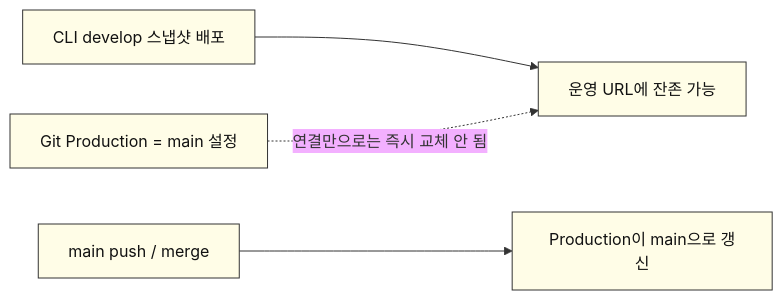
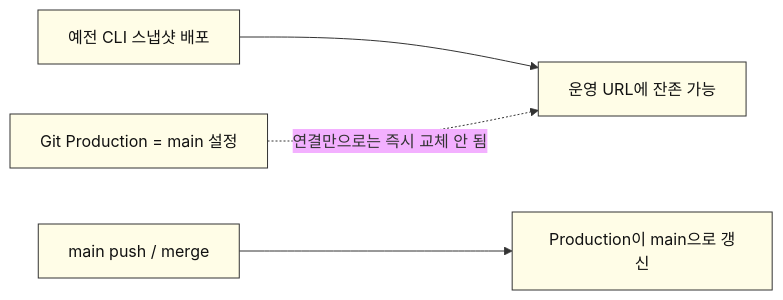
One commit to SpartaValueHub/ValueHub-FE changed the second of 6 diagrams in docs/vercel-deploy-team-notice.md. Above: the diagram before and after it, drawn with Mermaid. The commit also changed other lines of this file, not shown here.

````diff
--- a/docs/vercel-deploy-team-notice.md
+++ b/docs/vercel-deploy-team-notice.md
@@ -87,9 +87,9 @@
 ```mermaid
 %%{init: {"theme":"base","themeVariables":{"primaryColor":"#FFF3B0","primaryBorderColor":"#333","lineColor":"#333","clusterBkg":"#FFF3B0"}}}%%
 flowchart LR
-  A["CLI develop 스냅샷 배포"] --> B["운영 URL에 잔존 가능"]
+  A["예전 CLI 스냅샷 배포"] --> B["운영 URL에 잔존 가능"]
   C["Git Production = main 설정"] -.->|연결만으로는 즉시 교체 안 됨| B
   D["main push / merge"] --> E["Production이 main으로 갱신"]
   classDef node fill:#FFFDE7,stroke:#333,color:#111;
   class A,B,C,D,E node;
 ```
````
